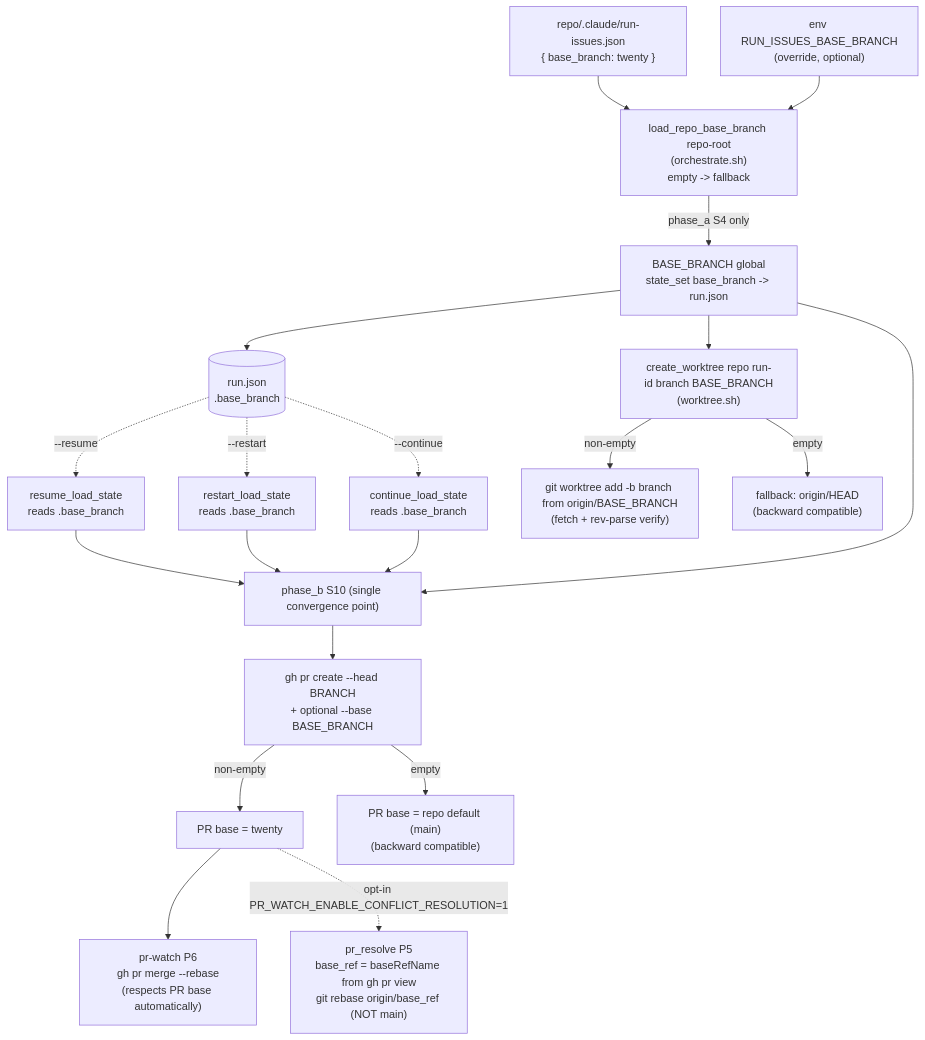
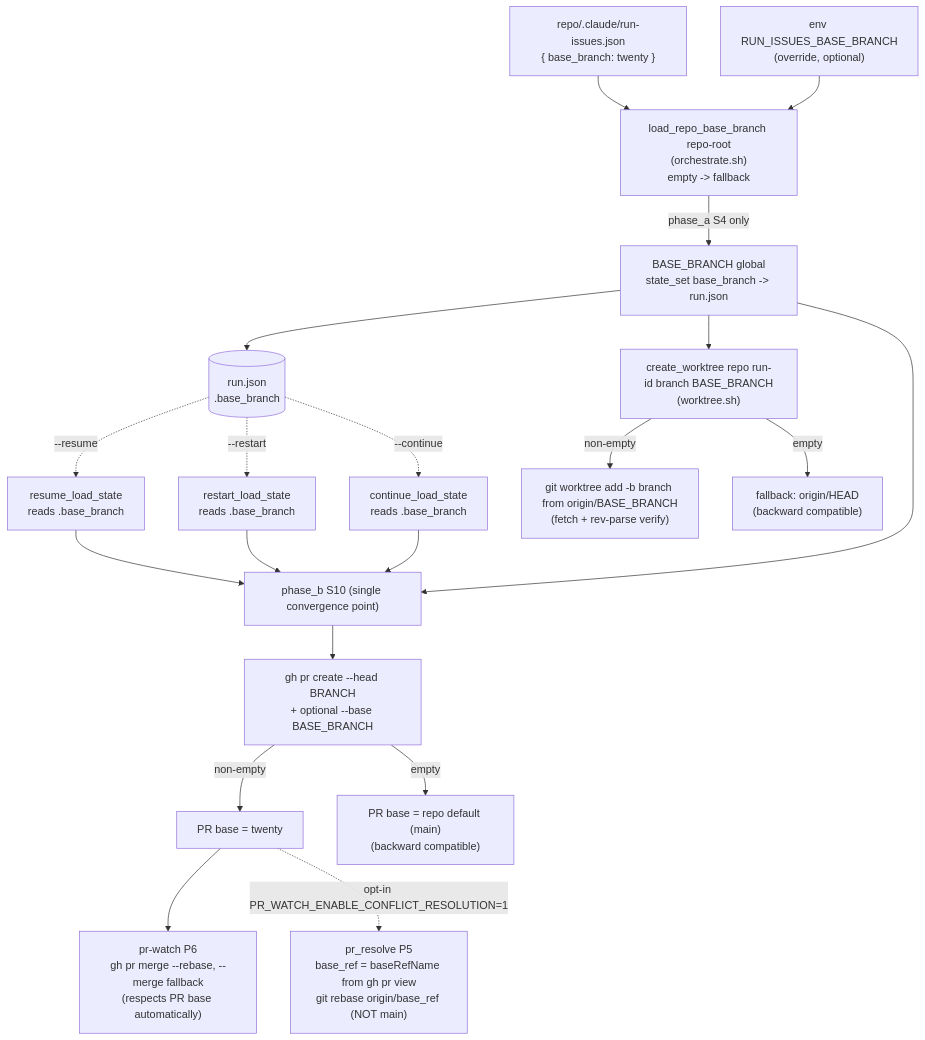
Before and after one commit to Silon-Oy/silon-issue-runner: the diagram in docs/diagrams/run-issues-base-branch-flow.mmd, drawn with Mermaid. The commit also changed 3 other files, not shown here.

First line of the commit message:
docs: document pr-watch rebase→merge fallback (#41)

```diff
--- a/docs/diagrams/run-issues-base-branch-flow.mmd
+++ b/docs/diagrams/run-issues-base-branch-flow.mmd
@@ -1,34 +1,34 @@
 %% Topic: Configurable base branch (run-issues.json base_branch) data flow
 %% Task: customer-b-customer-b auto-run PRs target the twenty branch, not main
 flowchart TD
     cfg["repo/.claude/run-issues.json<br/>{ base_branch: twenty }"]
     env["env RUN_ISSUES_BASE_BRANCH<br/>(override, optional)"]
 
     cfg --> loader
     env --> loader
     loader["load_repo_base_branch repo-root<br/>(orchestrate.sh)<br/>empty -> fallback"]
 
     loader -->|"phase_a S4 only"| setglobal["BASE_BRANCH global<br/>state_set base_branch -> run.json"]
 
     setglobal --> rj[("run.json<br/>.base_branch")]
 
     rj -.->|"--resume"| resume["resume_load_state<br/>reads .base_branch"]
     rj -.->|"--restart"| restart["restart_load_state<br/>reads .base_branch"]
     rj -.->|"--continue"| cont["continue_load_state<br/>reads .base_branch"]
 
     setglobal --> cw["create_worktree repo run-id branch BASE_BRANCH<br/>(worktree.sh)"]
     cw -->|"non-empty"| origintwenty["git worktree add -b branch from origin/BASE_BRANCH<br/>(fetch + rev-parse verify)"]
     cw -->|"empty"| originhead["fallback: origin/HEAD<br/>(backward compatible)"]
 
     resume --> phaseb
     restart --> phaseb
     cont --> phaseb
     setglobal --> phaseb
 
     phaseb["phase_b S10 (single convergence point)"]
     phaseb --> prcreate["gh pr create --head BRANCH<br/>+ optional --base BASE_BRANCH"]
     prcreate -->|"non-empty"| prtwenty["PR base = twenty"]
     prcreate -->|"empty"| prdefault["PR base = repo default (main)<br/>(backward compatible)"]
 
-    prtwenty --> watcher["pr-watch P6<br/>gh pr merge --rebase<br/>(respects PR base automatically)"]
+    prtwenty --> watcher["pr-watch P6<br/>gh pr merge --rebase, --merge fallback<br/>(respects PR base automatically)"]
     prtwenty -.->|"opt-in PR_WATCH_ENABLE_CONFLICT_RESOLUTION=1"| p5["pr_resolve P5<br/>base_ref = baseRefName from gh pr view<br/>git rebase origin/base_ref (NOT main)"]
```
